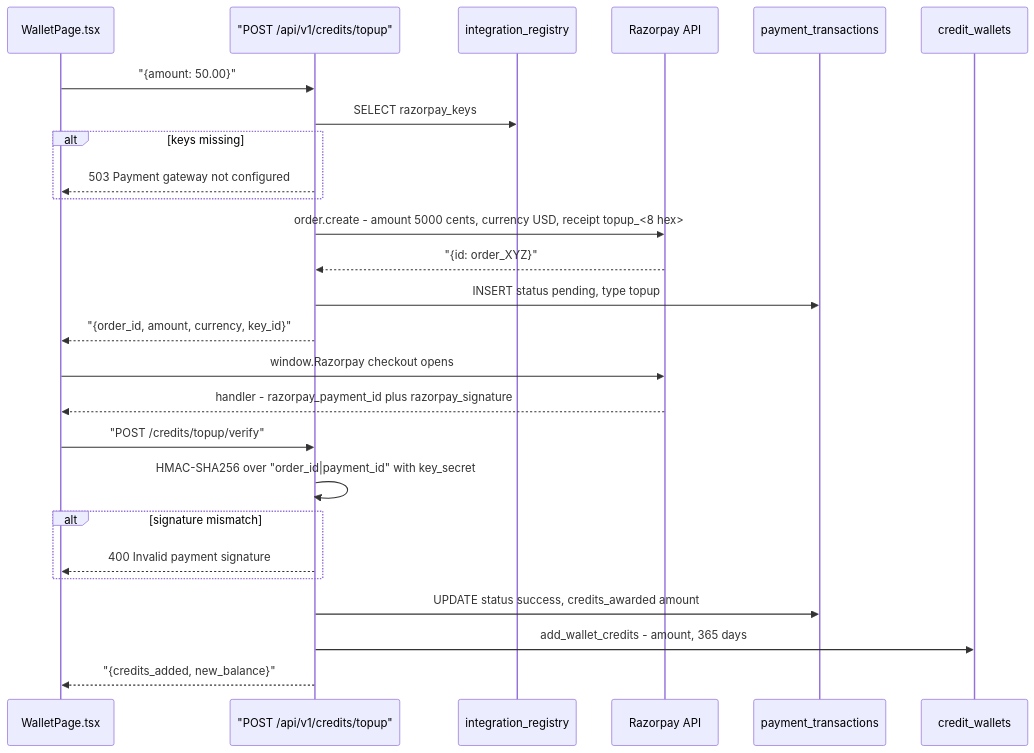
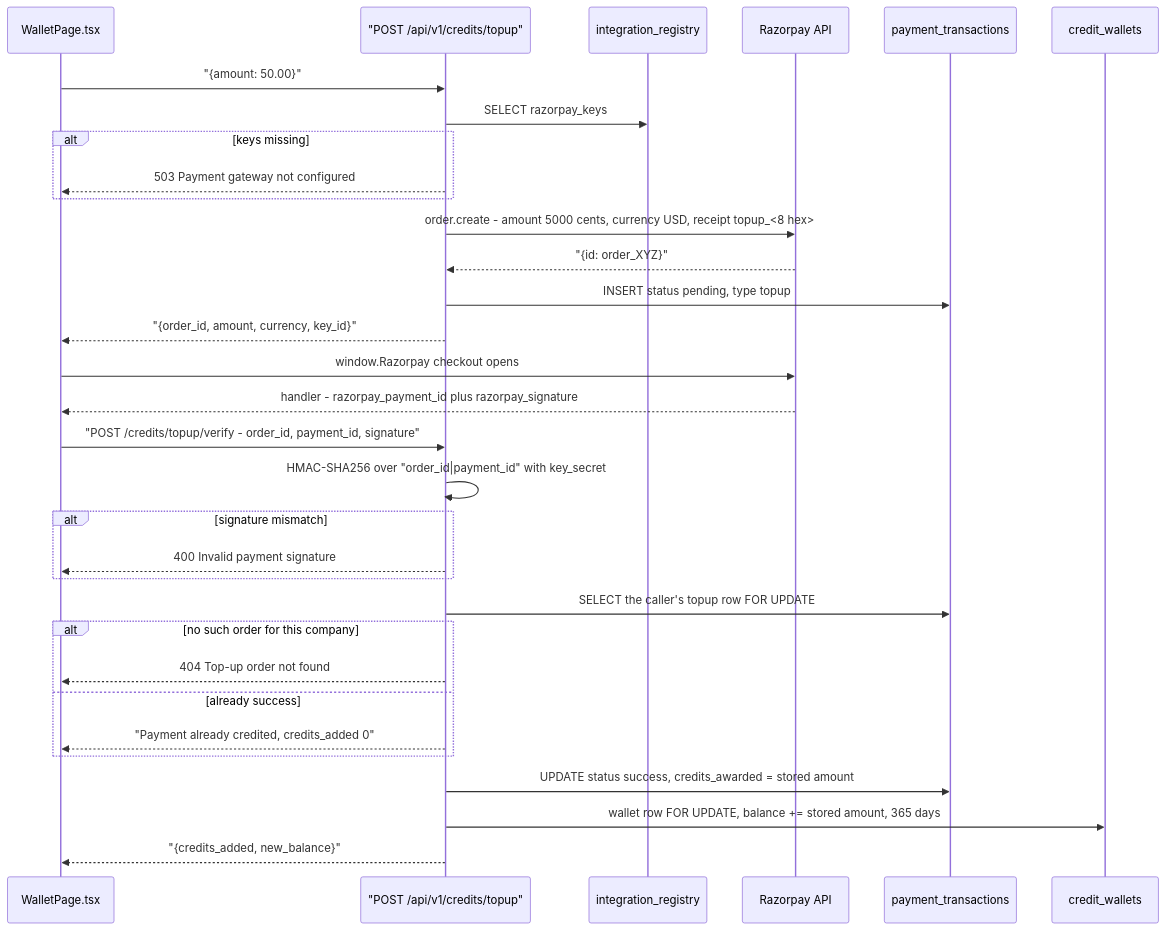
Before and after one commit to gondolerahul/hire-buddha-app: diagram 19 of 25 in docs/current/14-billing-and-credits.md, drawn with Mermaid. The commit also changed other lines of this file and 9 other files, not shown here.

````diff
--- a/docs/current/14-billing-and-credits.md
+++ b/docs/current/14-billing-and-credits.md
@@ -1023,29 +1023,35 @@
 ```mermaid
 sequenceDiagram
     participant FE as WalletPage.tsx
     participant BE as "POST /api/v1/credits/topup"
     participant IR as integration_registry
     participant RZ as Razorpay API
     participant PT as payment_transactions
     participant CW as credit_wallets
 
     FE->>BE: "{amount: 50.00}"
     BE->>IR: SELECT razorpay_keys
     alt keys missing
         BE-->>FE: 503 Payment gateway not configured
     end
     BE->>RZ: order.create - amount 5000 cents, currency USD, receipt topup_<8 hex>
     RZ-->>BE: "{id: order_XYZ}"
     BE->>PT: INSERT status pending, type topup
     BE-->>FE: "{order_id, amount, currency, key_id}"
     FE->>RZ: window.Razorpay checkout opens
     RZ-->>FE: handler - razorpay_payment_id plus razorpay_signature
-    FE->>BE: "POST /credits/topup/verify"
+    FE->>BE: "POST /credits/topup/verify - order_id, payment_id, signature"
     BE->>BE: HMAC-SHA256 over "order_id|payment_id" with key_secret
     alt signature mismatch
         BE-->>FE: 400 Invalid payment signature
     end
-    BE->>PT: UPDATE status success, credits_awarded amount
-    BE->>CW: add_wallet_credits - amount, 365 days
+    BE->>PT: SELECT the caller's topup row FOR UPDATE
+    alt no such order for this company
+        BE-->>FE: 404 Top-up order not found
+    else already success
+        BE-->>FE: "Payment already credited, credits_added 0"
+    end
+    BE->>PT: UPDATE status success, credits_awarded = stored amount
+    BE->>CW: wallet row FOR UPDATE, balance += stored amount, 365 days
     BE-->>FE: "{credits_added, new_balance}"
 ```
````
